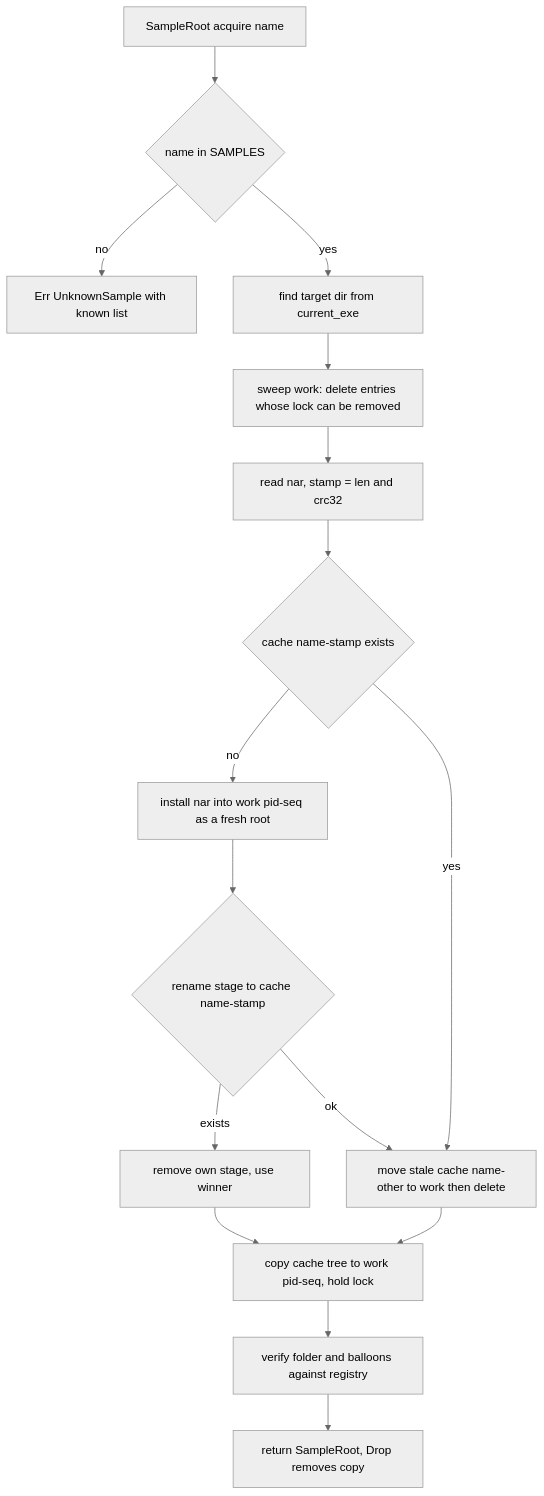
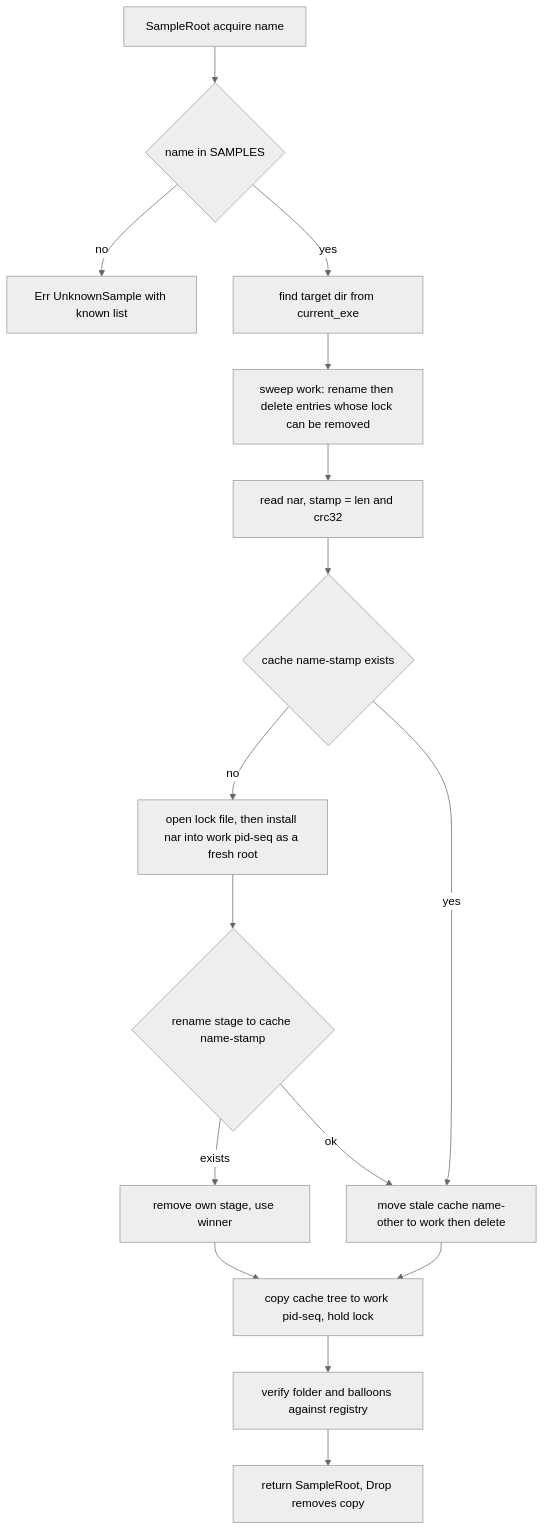
Before and after one commit to ekicyou/areka: the third of 4 diagrams in .kiro/specs/areka-P0-nar-install/design.md, drawn with Mermaid (neutral theme). The commit also changed other lines of this file and 1 other file, not shown here.

Commit message:
docs(areka-P0-nar-install): fix obvious issues in design

````diff
--- a/.kiro/specs/areka-P0-nar-install/design.md
+++ b/.kiro/specs/areka-P0-nar-install/design.md
@@ -213,18 +214,18 @@
 ```mermaid
 flowchart TD
     Acquire[SampleRoot acquire name] --> Lookup{name in SAMPLES}
     Lookup -- no --> ErrUnknown[Err UnknownSample with known list]
     Lookup -- yes --> Target[find target dir from current_exe]
-    Target --> Sweep[sweep work: delete entries whose lock can be removed]
+    Target --> Sweep[sweep work: rename then delete entries whose lock can be removed]
     Sweep --> Stamp[read nar, stamp = len and crc32]
     Stamp --> Hit{cache name-stamp exists}
-    Hit -- no --> Stage[install nar into work pid-seq as a fresh root]
+    Hit -- no --> Stage[open lock file, then install nar into work pid-seq as a fresh root]
     Stage --> Rename{rename stage to cache name-stamp}
     Rename -- ok --> Stale[move stale cache name-other to work then delete]
     Rename -- exists --> Discard[remove own stage, use winner]
     Hit -- yes --> Stale
     Discard --> Copy
     Stale --> Copy[copy cache tree to work pid-seq, hold lock]
     Copy --> Verify[verify folder and balloons against registry]
     Verify --> Guard[return SampleRoot, Drop removes copy]
 ```
````
